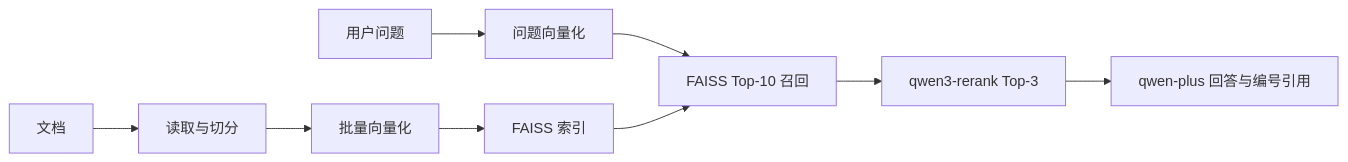
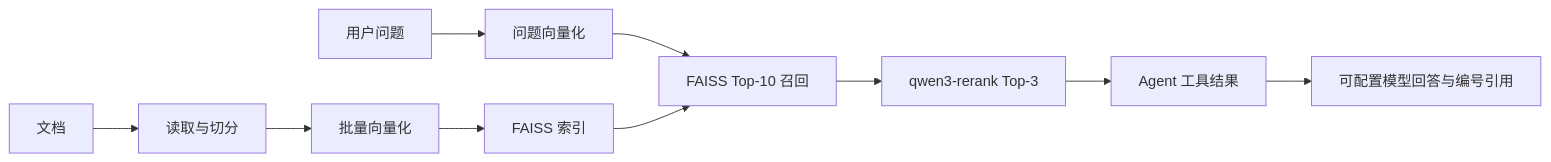
The diagram in README.md (zh-qq/rag-knowledge-base), drawn with Mermaid before and after one commit. The commit also changed other lines of this file and 4 other files, not shown here.

````diff
--- a/README.md
+++ b/README.md
@@ -39,11 +40,12 @@
 ```mermaid
 flowchart LR
     A[文档] --> B[读取与切分]
     B --> C[批量向量化]
     C --> D[FAISS 索引]
     Q[用户问题] --> E[问题向量化]
     E --> F[FAISS Top-10 召回]
     D --> F
     F --> G[qwen3-rerank Top-3]
-    G --> H[qwen-plus 回答与编号引用]
+    G --> H[Agent 工具结果]
+    H --> I[可配置模型回答与编号引用]
 ```
````
